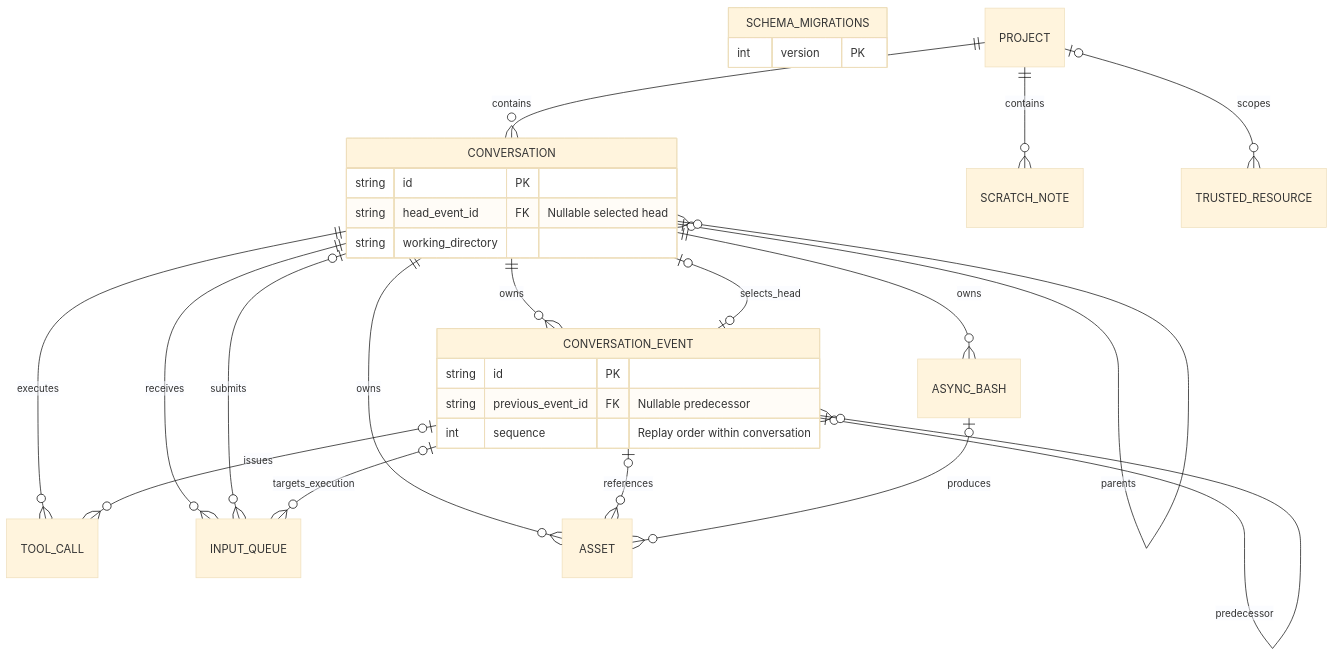
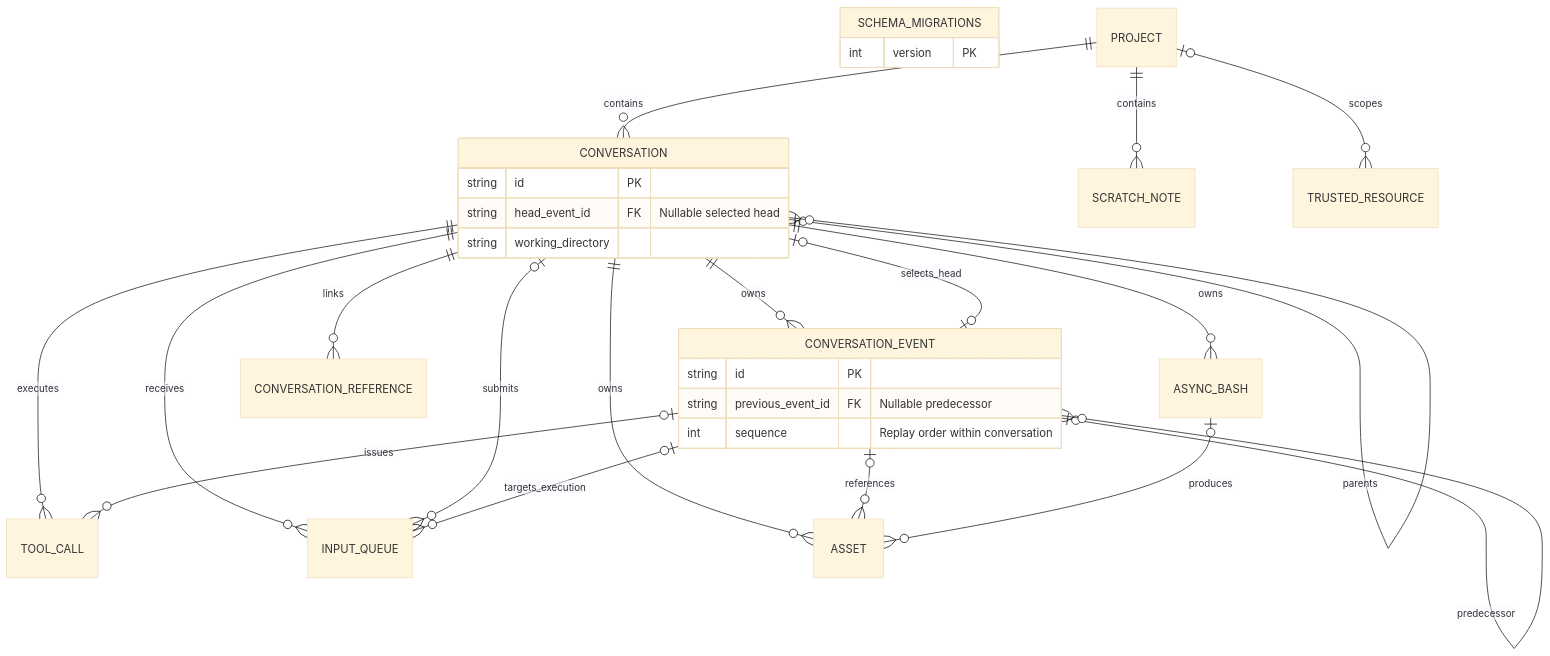
The diagram in docs/architecture/conversation-core/data-model.md (ThilinaTLM/nerve), drawn with Mermaid (base theme) before and after one commit. The commit also changed other lines of this file and 8 other files, not shown here.

First line of the commit message:
docs: move conversation discovery into architecture docs (#488)

````diff
--- a/docs/architecture/conversation-core/data-model.md
+++ b/docs/architecture/conversation-core/data-model.md
@@ -17,32 +17,33 @@
 ```mermaid
 erDiagram
     SCHEMA_MIGRATIONS {
         int version PK
     }
     CONVERSATION {
         string id PK
         string head_event_id FK "Nullable selected head"
         string working_directory
     }
     CONVERSATION_EVENT {
         string id PK
         string previous_event_id FK "Nullable predecessor"
         int sequence "Replay order within conversation"
     }
     PROJECT ||--o{ CONVERSATION : contains
     PROJECT ||--o{ SCRATCH_NOTE : contains
     PROJECT o|--o{ TRUSTED_RESOURCE : scopes
     CONVERSATION o|--o{ CONVERSATION : parents
     CONVERSATION ||--o{ CONVERSATION_EVENT : owns
     CONVERSATION_EVENT o|--o{ CONVERSATION_EVENT : predecessor
     CONVERSATION o|--o| CONVERSATION_EVENT : selects_head
     CONVERSATION ||--o{ TOOL_CALL : executes
     CONVERSATION_EVENT o|--o{ TOOL_CALL : issues
     CONVERSATION ||--o{ INPUT_QUEUE : receives
     CONVERSATION o|--o{ INPUT_QUEUE : submits
     CONVERSATION_EVENT o|--o{ INPUT_QUEUE : targets_execution
     CONVERSATION ||--o{ ASYNC_BASH : owns
     CONVERSATION ||--o{ ASSET : owns
+    CONVERSATION ||--o{ CONVERSATION_REFERENCE : links
     CONVERSATION_EVENT o|--o{ ASSET : references
     ASYNC_BASH o|--o{ ASSET : produces
 ```
````
